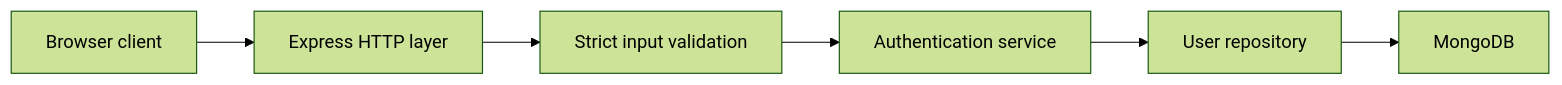
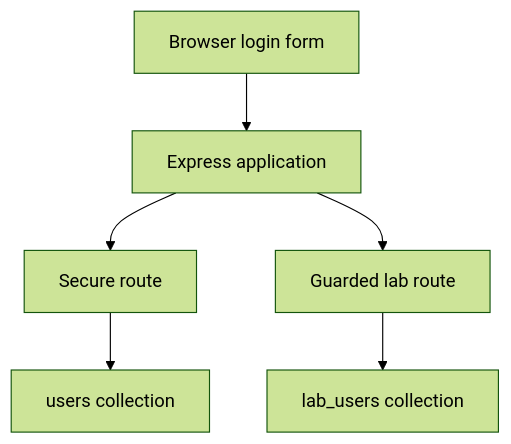
One commit to kiet1i38/modern-database-attacks changed the first of 2 diagrams in docs/ARCHITECTURE.md. Above: the diagram before and after it, drawn with Mermaid (forest theme). The commit also changed other lines of this file and 7 other files, not shown here.

````diff
--- a/docs/ARCHITECTURE.md
+++ b/docs/ARCHITECTURE.md
@@ -18,8 +14,8 @@
-```mermaid
-flowchart LR
-  Browser["Browser client"] --> HTTP["Express HTTP layer"]
-  HTTP --> Validation["Strict input validation"]
-  Validation --> Auth["Authentication service"]
-  Auth --> Repo["User repository"]
-  Repo --> Mongo["MongoDB"]
-```
+~~~mermaid
+flowchart TD
+  Browser["Browser login form"] --> Express["Express application"]
+  Express --> Secure["Secure route"]
+  Express --> Lab["Guarded lab route"]
+  Secure --> Users["users collection"]
+  Lab --> LabUsers["lab_users collection"]
+~~~
````
